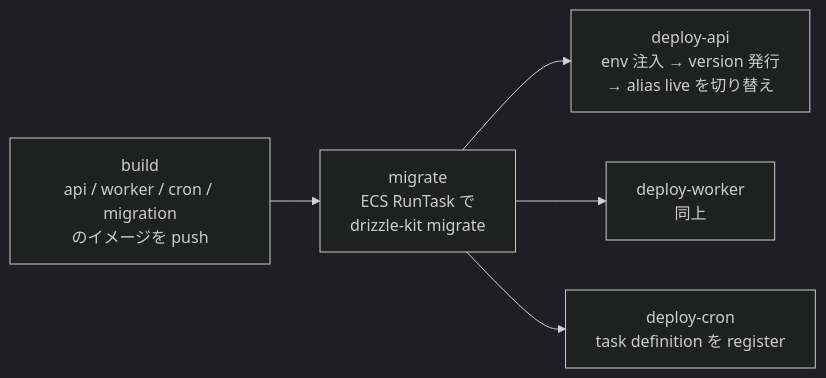
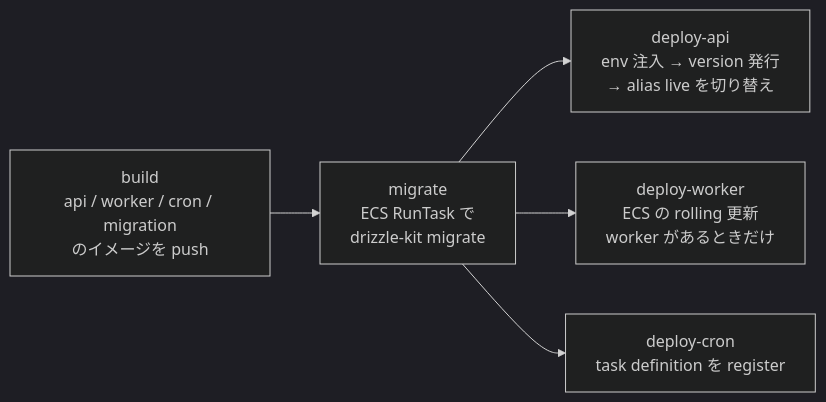
Before and after one commit to kentakki416/project-template: the second of 3 diagrams in docs/spec/minimal-deploy/README.md, drawn with Mermaid (dark theme). The commit also changed other lines of this file and 10 other files, not shown here.

First line of the commit message:
docs(minimal-deploy): worker を BullMQ + Fargate Spot にし、IaC で作るかを切り替える

````diff
--- a/docs/spec/minimal-deploy/README.md
+++ b/docs/spec/minimal-deploy/README.md
@@ -295,7 +299,7 @@
 ```mermaid
 flowchart LR
     B[build<br/>api / worker / cron / migration<br/>のイメージを push] --> M[migrate<br/>ECS RunTask で<br/>drizzle-kit migrate]
     M --> A[deploy-api<br/>env 注入 → version 発行<br/>→ alias live を切り替え]
-    M --> W[deploy-worker<br/>同上]
+    M --> W[deploy-worker<br/>ECS の rolling 更新<br/>worker があるときだけ]
     M --> C[deploy-cron<br/>task definition を register]
 ```
````
